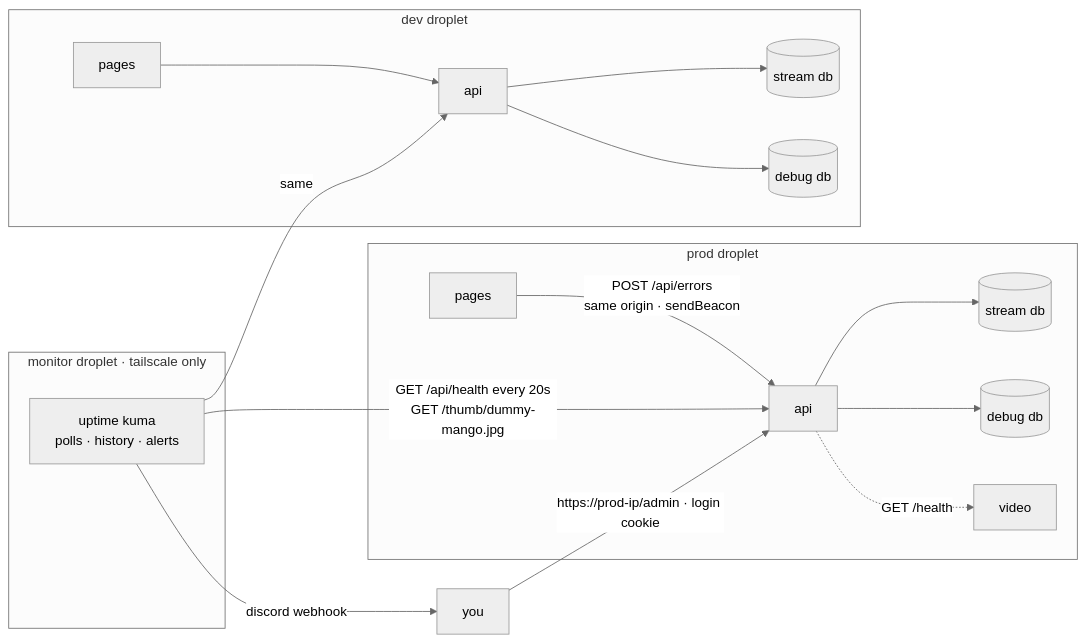
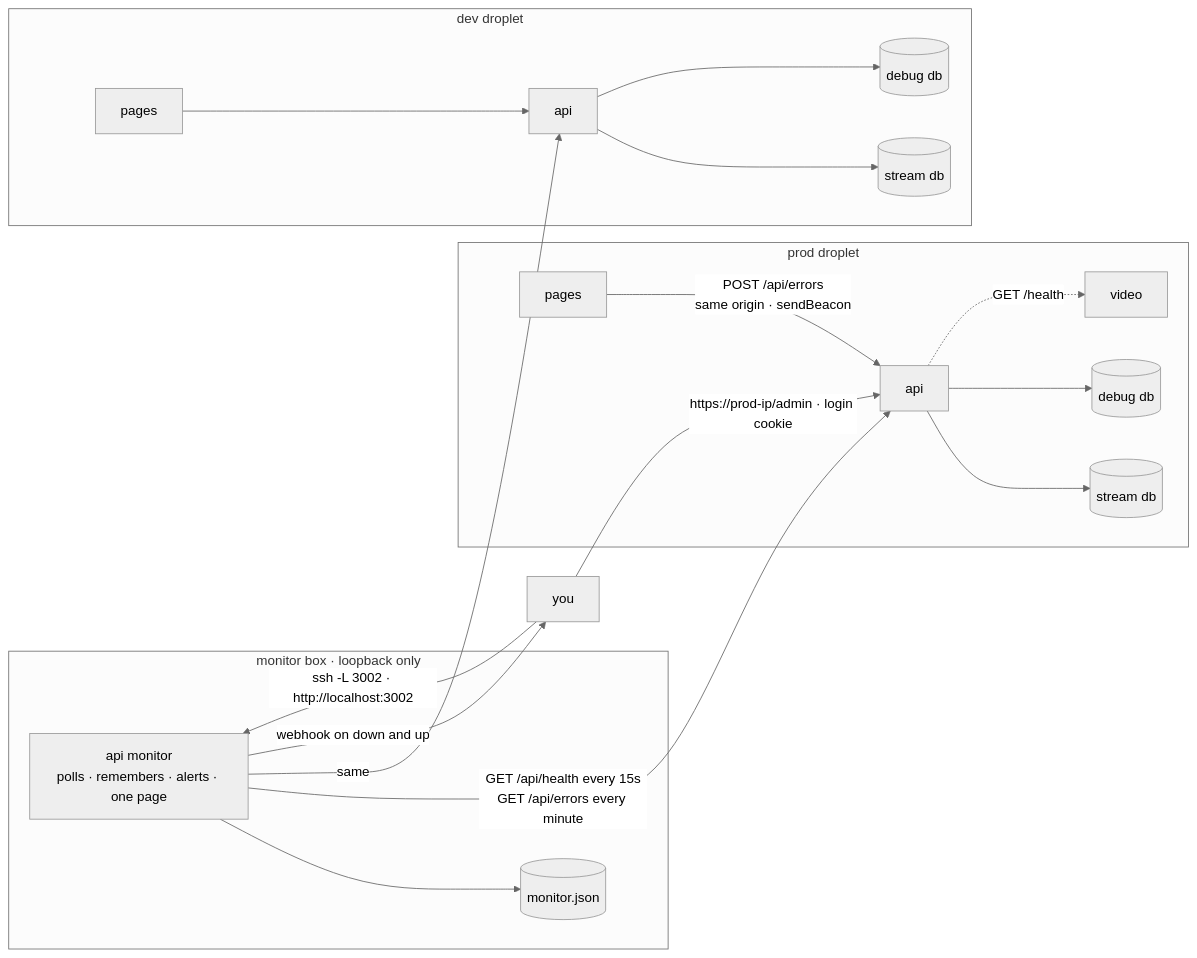
Before and after one commit to ZeroNerodaHero/slop-stream-architecture: the diagram in docs/debugging.md, drawn with Mermaid (neutral theme). The commit also changed other lines of this file and 10 other files, not shown here.

````diff
--- a/docs/debugging.md
+++ b/docs/debugging.md
@@ -13,21 +13,24 @@
 ```mermaid
 flowchart LR
   subgraph prod["prod droplet"]
     pfe[pages] -->|"POST /api/errors<br/>same origin · sendBeacon"| papi[api]
     papi --> pdb[(stream db)]
     papi --> pdbg[(debug db)]
     papi -.->|"GET /health"| pvideo[video]
   end
   subgraph dev["dev droplet"]
     dfe[pages] --> dapi[api]
     dapi --> ddb[(stream db)]
     dapi --> ddbg[(debug db)]
   end
-  subgraph mon["monitor droplet · tailscale only"]
-    kuma["uptime kuma<br/>polls · history · alerts"]
+  subgraph mon["monitor box · loopback only"]
+    monitor["api monitor<br/>polls · remembers · alerts · one page"]
+    file[("monitor.json")]
   end
-  kuma -->|"GET /api/health every 20s<br/>GET /thumb/dummy-mango.jpg"| papi
-  kuma -->|"same"| dapi
-  kuma -->|"discord webhook"| you[you]
+  monitor --> file
+  monitor -->|"GET /api/health every 15s<br/>GET /api/errors every minute"| papi
+  monitor -->|"same"| dapi
+  monitor -->|"webhook on down and up"| you[you]
+  you -->|"ssh -L 3002 · http://localhost:3002"| monitor
   you -->|"https://prod-ip/admin · login cookie"| papi
 ```
````
